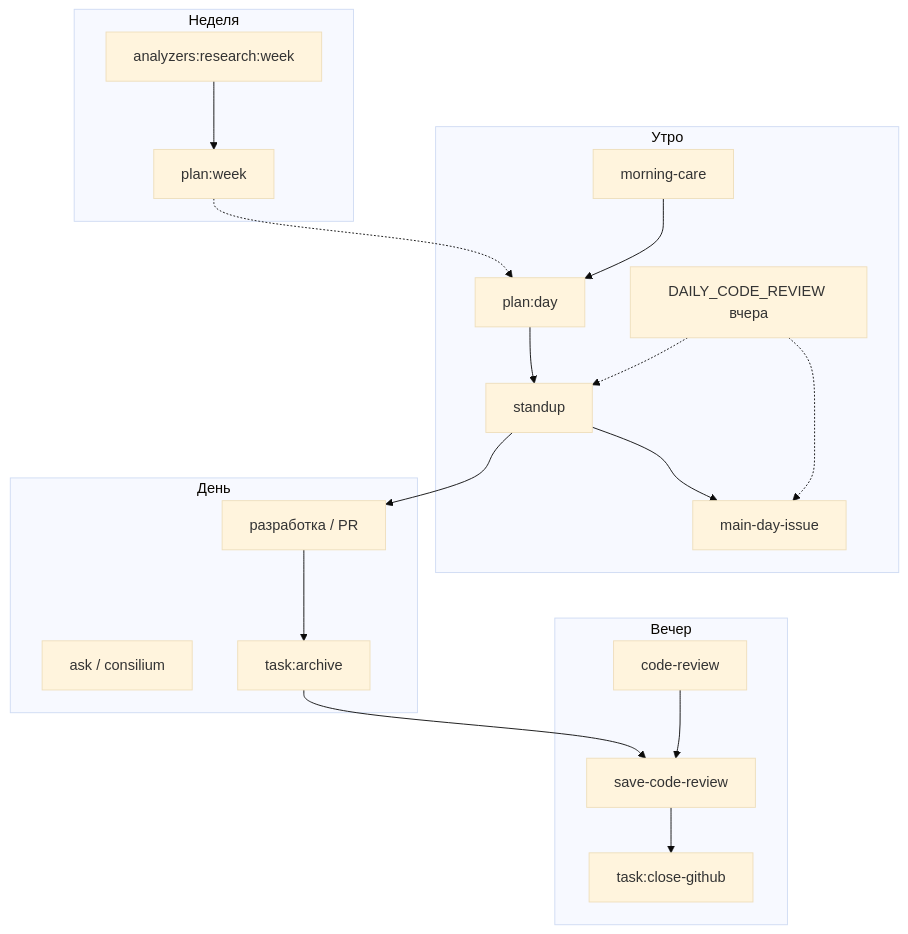
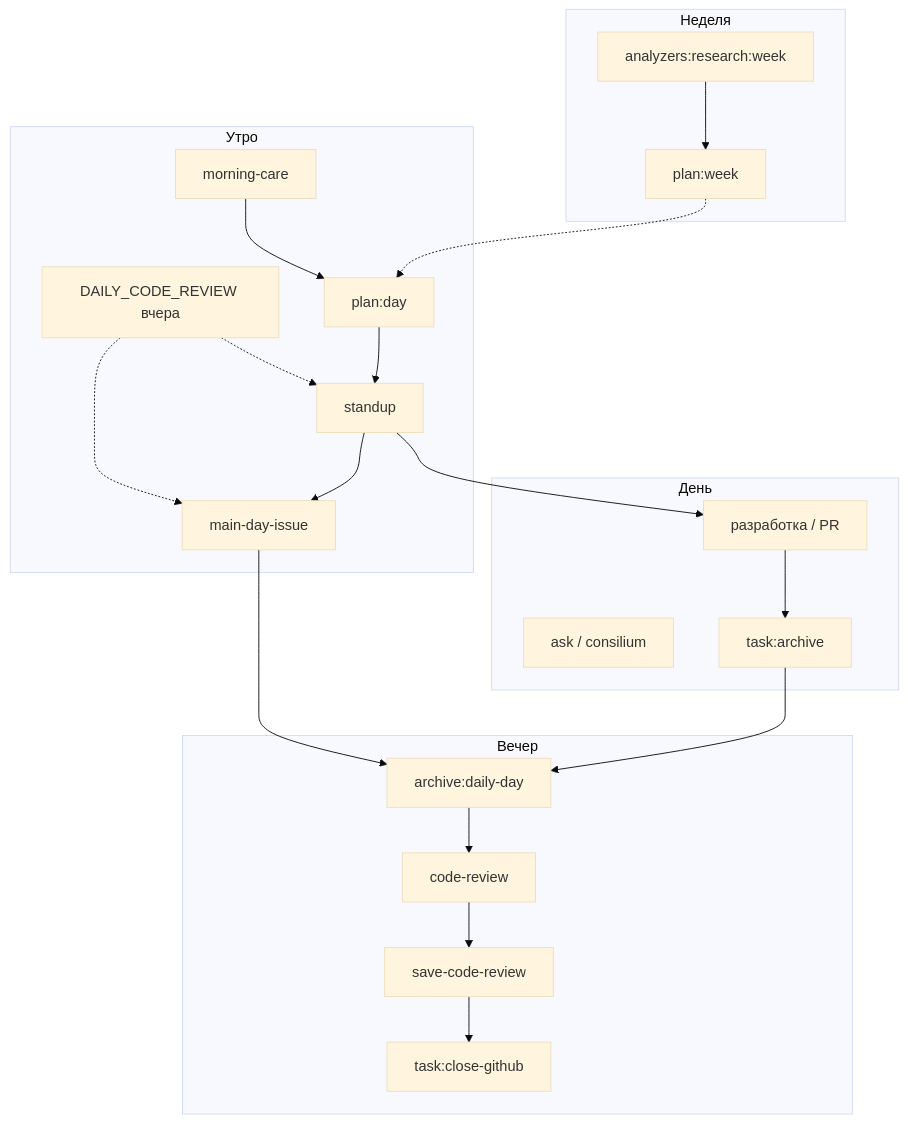
The diagram in docs/DEVELOPER_RHYTHM.md (officefish/Membrana), drawn with Mermaid (base theme) before and after one commit. The commit also changed other lines of this file and 11 other files, not shown here.

````diff
--- a/docs/DEVELOPER_RHYTHM.md
+++ b/docs/DEVELOPER_RHYTHM.md
@@ -153,37 +180,40 @@
 ```mermaid
 flowchart TB
   subgraph morning [Утро]
     MC[morning-care]
     PD[plan:day]
     ST[standup]
     MDI[main-day-issue]
     REV_IN[DAILY_CODE_REVIEW вчера]
     REV_IN -.-> ST
     REV_IN -.-> MDI
     MC --> PD --> ST --> MDI
   end
 
   subgraph day [День]
     DEV[разработка / PR]
     ASK[ask / consilium]
     ARCH[task:archive]
   end
 
   subgraph evening [Вечер]
+    ADAY[archive:daily-day]
     CR[code-review]
     SAVE[save-code-review]
     GH[task:close-github]
-    CR --> SAVE
+    ADAY --> CR --> SAVE
   end
 
   subgraph week [Неделя]
     ARW[analyzers:research:week]
     PW[plan:week]
     ARW --> PW
   end
 
   ST --> DEV
   DEV --> ARCH
-  ARCH --> SAVE --> GH
+  MDI --> ADAY
+  ARCH --> ADAY
+  SAVE --> GH
   PW -.-> PD
 ```
````
